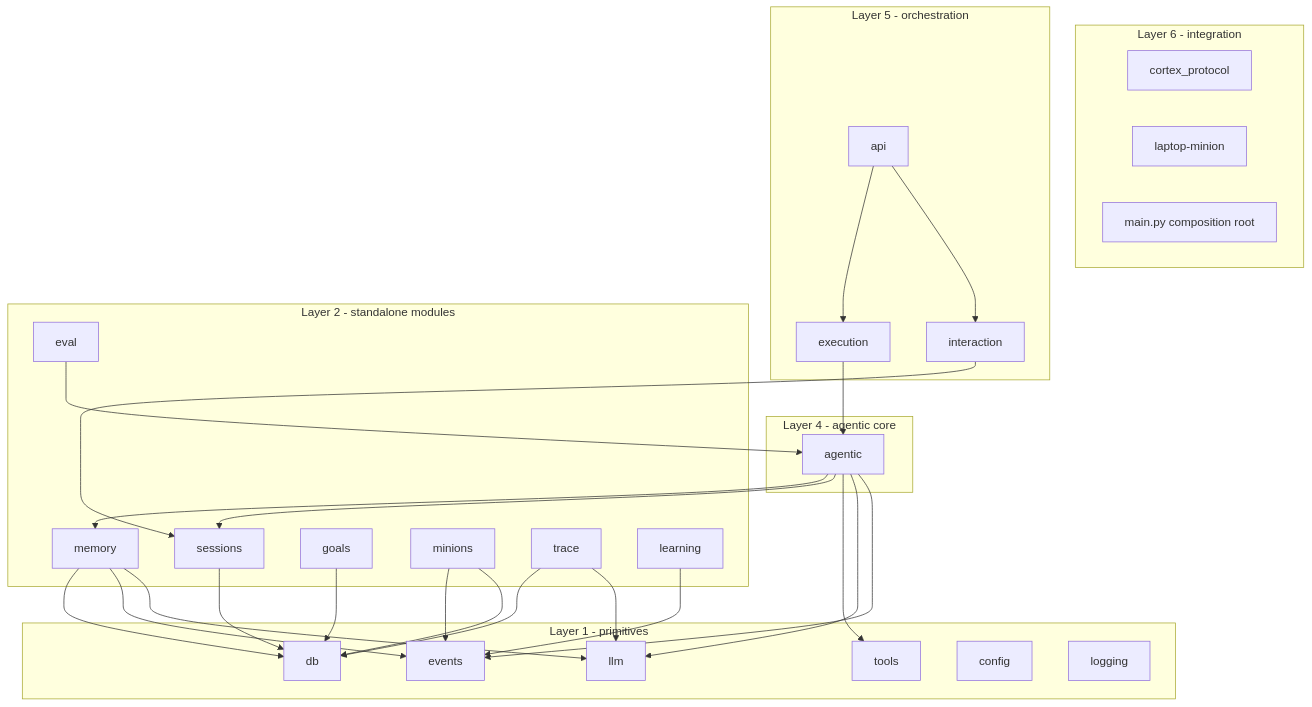
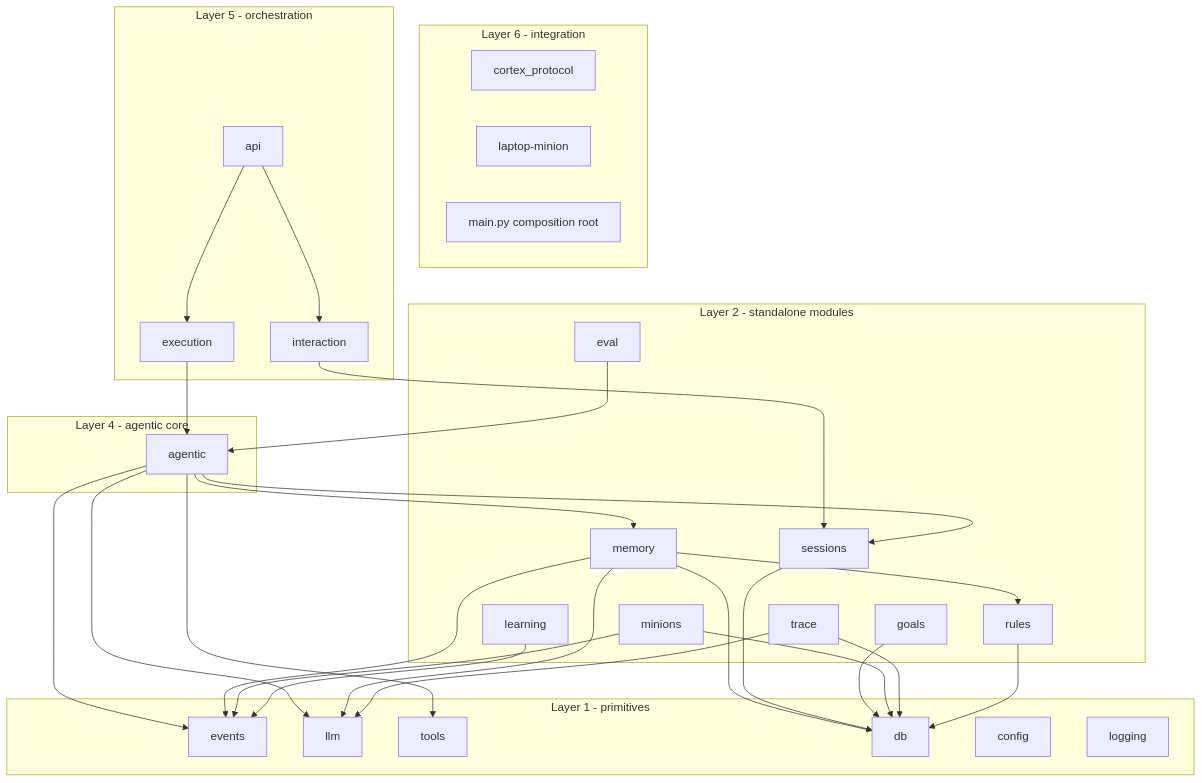
Before and after one commit to salvatorebottiglieri/botti-agent: the third of 3 diagrams in docs/specs/architecture.md, drawn with Mermaid. The commit also changed other lines of this file and 1 other file, not shown here.

````diff
--- a/docs/specs/architecture.md
+++ b/docs/specs/architecture.md
@@ -249,58 +254,61 @@
 ```mermaid
 flowchart TB
     subgraph L6[Layer 6 - integration]
         Protocol[cortex_protocol]
         Laptop[laptop-minion]
         Root[main.py composition root]
     end
 
     subgraph L5[Layer 5 - orchestration]
         API[api]
         Exec[execution]
         Inter[interaction]
     end
 
     subgraph L4[Layer 4 - agentic core]
         Loop[agentic]
     end
 
     subgraph L2[Layer 2 - standalone modules]
         Mem[memory]
         Sess[sessions]
         Goals[goals]
         Min[minions]
         Tr[trace]
         Ev[eval]
         Learn[learning]
+        Rul[rules]
     end
 
     subgraph L1[Layer 1 - primitives]
         Events[events]
         LLM[llm]
         Tools[tools]
         DB[db]
         Conf[config]
         Log[logging]
     end
 
     API --> Exec
     API --> Inter
     Exec --> Loop
     Inter --> Sess
     Loop --> Mem
     Loop --> Sess
     Loop --> Tools
     Loop --> LLM
     Loop --> Events
     Mem --> DB
     Mem --> Events
     Sess --> DB
     Goals --> DB
     Min --> Events
     Min --> DB
     Tr --> DB
     Ev --> Loop
     Learn --> Events
     Mem --> LLM
+    Mem --> Rul
+    Rul --> DB
     Tr --> LLM
 ```
````
